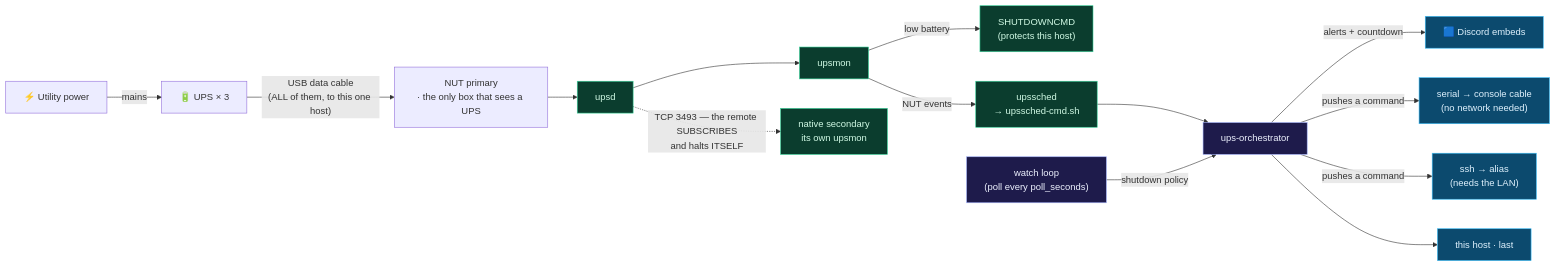
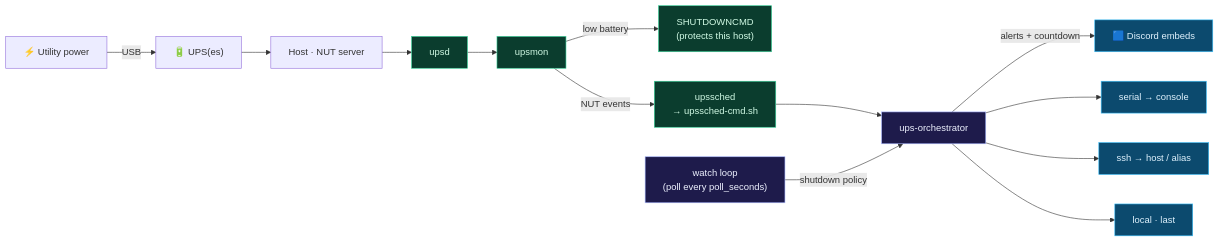
One commit to kleinpanic/ups-orchestrator changed the second of 3 diagrams in README.md. Above: the diagram before and after it, drawn with Mermaid. The commit also changed other lines of this file and 4 other files, not shown here.

````diff
--- a/README.md
+++ b/README.md
@@ -191,25 +96,23 @@
 ```mermaid
 flowchart LR
-    PWR["⚡ Utility power"] -->|mains| UPS["🔋 UPS × 3"]
-    UPS -->|"USB data cable<br/>(ALL of them, to this one host)"| HOST["NUT primary<br/>· the only box that sees a UPS"]
+    PWR["⚡ Utility power"] -->|USB| UPS["🔋 UPS(es)"]
+    UPS --> HOST["Host · NUT server"]
     HOST --> UPSD["upsd"] --> UPSMON["upsmon"]
 
     UPSMON -->|low battery| SDC["SHUTDOWNCMD<br/>(protects this host)"]
     UPSMON -->|"NUT events"| SCHED["upssched<br/>→ upssched-cmd.sh"]
     SCHED --> ORCH["ups-orchestrator"]
     WATCH["watch loop<br/>(poll every poll_seconds)"] -->|"shutdown policy"| ORCH
 
     ORCH -->|"alerts + countdown"| DISCORD["🟦 Discord embeds"]
-    ORCH -->|"pushes a command"| SER["serial → console cable<br/>(no network needed)"]
-    ORCH -->|"pushes a command"| SSHX["ssh → alias<br/>(needs the LAN)"]
-    ORCH --> LOC["this host · last"]
-
-    UPSD -.->|"TCP 3493 — the remote SUBSCRIBES<br/>and halts ITSELF"| NAT["native secondary<br/>its own upsmon"]
+    ORCH --> SER["serial → console"]
+    ORCH --> SSHX["ssh → host / alias"]
+    ORCH --> LOC["local · last"]
 
     classDef nut fill:#0b3d2e,stroke:#34d399,color:#d1fae5;
     classDef orch fill:#1e1b4b,stroke:#a5b4fc,color:#eef2ff;
     classDef sink fill:#0c4a6e,stroke:#38bdf8,color:#e0f2fe;
-    class UPSD,UPSMON,SCHED,SDC,NAT nut
+    class UPSD,UPSMON,SCHED,SDC nut
     class ORCH,WATCH orch
     class DISCORD,SER,SSHX,LOC sink
 ```
````
